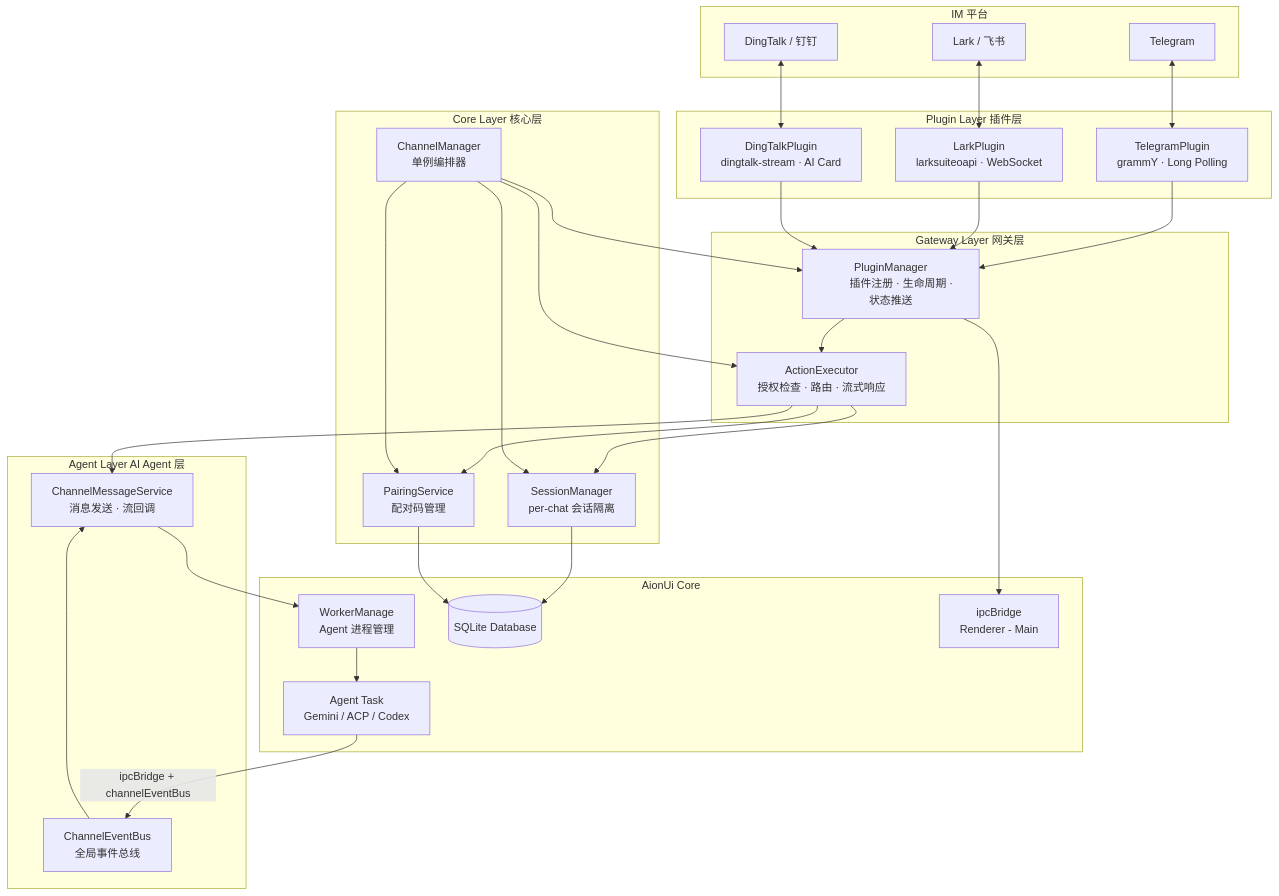
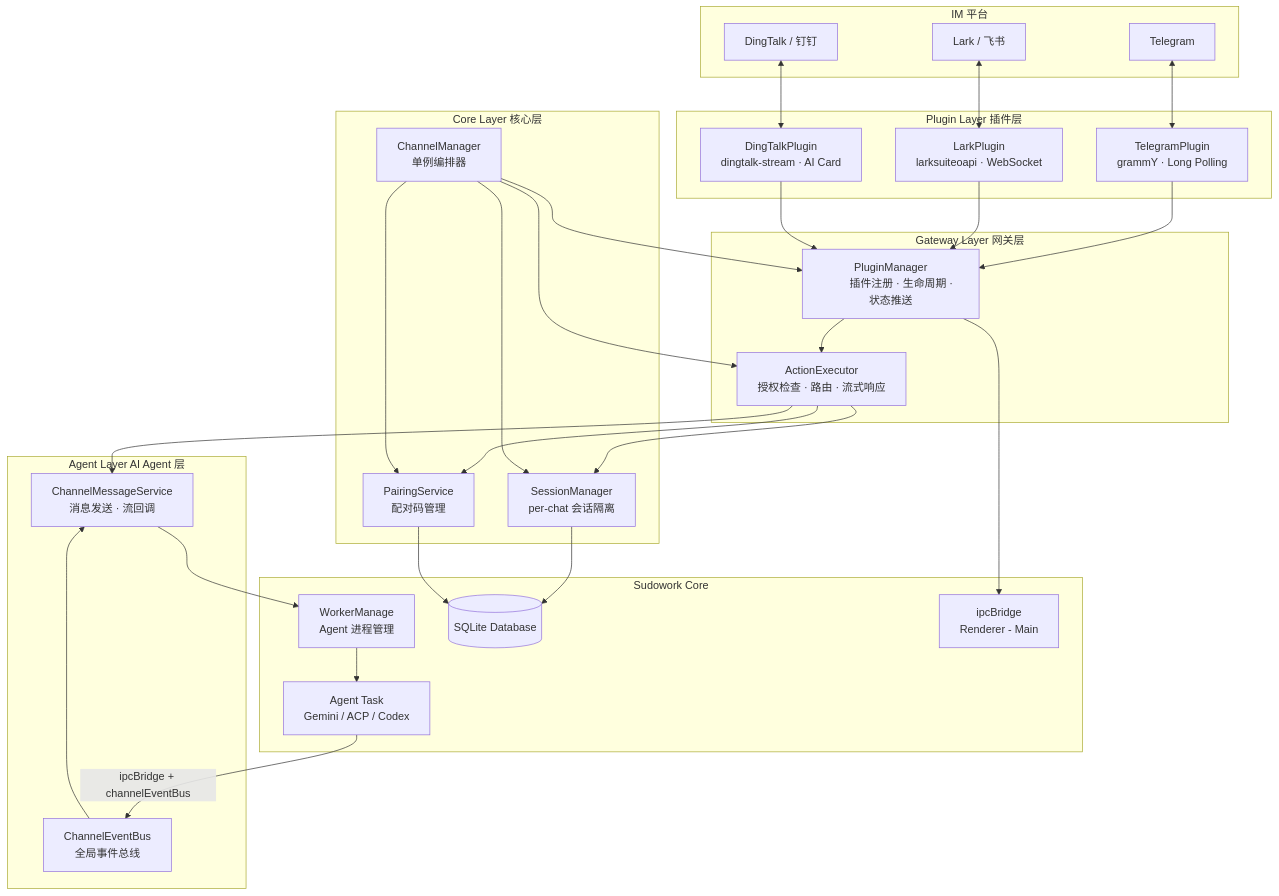
Before and after one commit to sudoprivacy/sudowork: the first of 2 diagrams in src/channels/ARCHITECTURE.md, drawn with Mermaid. The commit also changed other lines of this file and 590 other files, not shown here.

````diff
--- a/src/channels/ARCHITECTURE.md
+++ b/src/channels/ARCHITECTURE.md
@@ -84,77 +84,77 @@
 ```mermaid
 graph TB
     subgraph "IM 平台"
         TG[Telegram]
         LK[Lark / 飞书]
         DT[DingTalk / 钉钉]
     end
 
     subgraph "Plugin Layer 插件层"
         TP["TelegramPlugin
         grammY · Long Polling"]
         LP["LarkPlugin
         larksuiteoapi · WebSocket"]
         DP["DingTalkPlugin
         dingtalk-stream · AI Card"]
     end
 
     subgraph "Gateway Layer 网关层"
         PM["PluginManager
         插件注册 · 生命周期 · 状态推送"]
         AE["ActionExecutor
         授权检查 · 路由 · 流式响应"]
     end
 
     subgraph "Core Layer 核心层"
         CM["ChannelManager
         单例编排器"]
         SM["SessionManager
         per-chat 会话隔离"]
         PS["PairingService
         配对码管理"]
     end
 
     subgraph "Agent Layer AI Agent 层"
         CMS["ChannelMessageService
         消息发送 · 流回调"]
         CEB["ChannelEventBus
         全局事件总线"]
     end
 
-    subgraph "AionUi Core"
+    subgraph "Sudowork Core"
         WM["WorkerManage
         Agent 进程管理"]
         AGT["Agent Task
         Gemini / ACP / Codex"]
         DB[("SQLite Database")]
         IPC["ipcBridge
         Renderer - Main"]
     end
 
     TG <--> TP
     LK <--> LP
     DT <--> DP
 
     TP --> PM
     LP --> PM
     DP --> PM
 
     PM --> AE
     AE --> SM
     AE --> PS
     AE --> CMS
 
     CM --> PM
     CM --> SM
     CM --> PS
     CM --> AE
 
     CMS --> WM
     WM --> AGT
     AGT -->|"ipcBridge + channelEventBus"| CEB
     CEB --> CMS
 
     SM --> DB
     PS --> DB
     PM --> IPC
 ```
````
